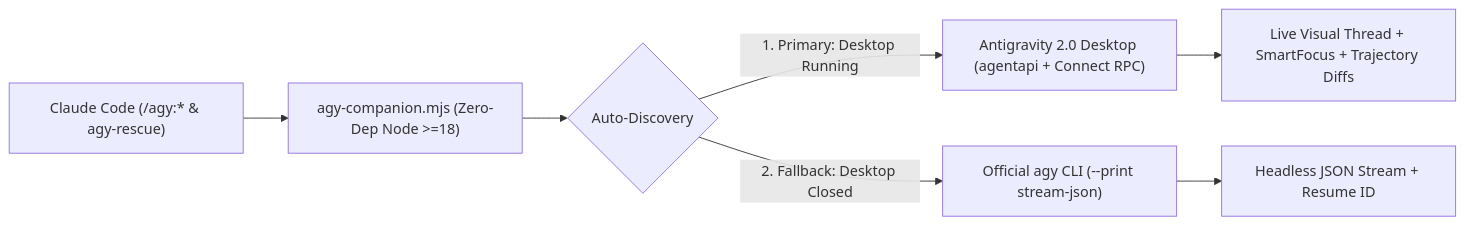
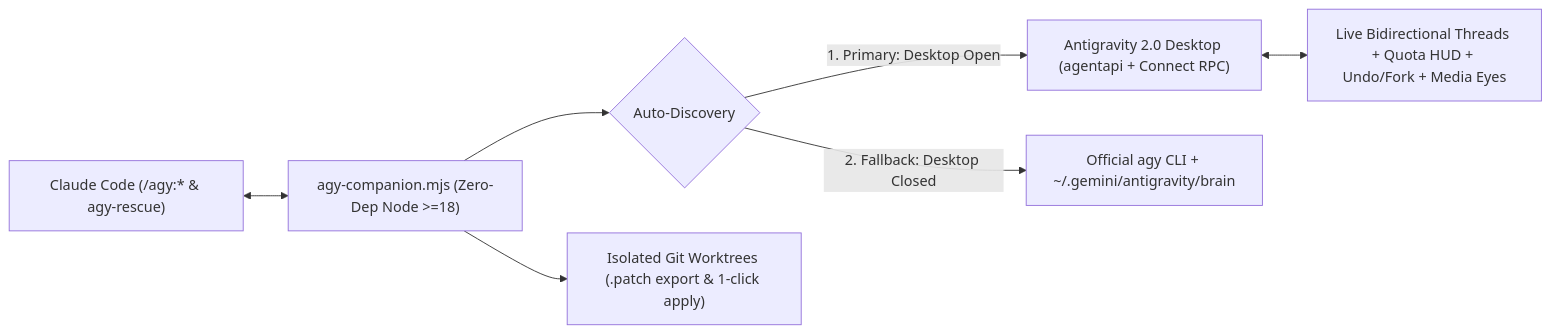
One commit to JoseAQ-19/claude-antigravity changed the diagram in README.md. Above: the diagram before and after it, drawn with Mermaid. The commit also changed other lines of this file and 40 other files, not shown here.

Commit message:
feat(v1.1.0): rebrand to claude-antigravity and add all 7 superpowers (/agy:pull, media, race, worktree, review-plan, quota, undo, fork, sync-memory)

````diff
--- a/README.md
+++ b/README.md
@@ -105,9 +175,9 @@
 ```mermaid
 flowchart LR
-    CC["Claude Code (/agy:* & agy-rescue)"] --> COMP["agy-companion.mjs (Zero-Dep Node >=18)"]
+    CC["Claude Code (/agy:* & agy-rescue)"] <--> COMP["agy-companion.mjs (Zero-Dep Node >=18)"]
     COMP --> DISC{"Auto-Discovery"}
-    DISC -->|"1. Primary: Desktop Running"| DESK["Antigravity 2.0 Desktop (agentapi + Connect RPC)"]
-    DISC -->|"2. Fallback: Desktop Closed"| CLI["Official agy CLI (--print stream-json)"]
-    DESK --> UI["Live Visual Thread + SmartFocus + Trajectory Diffs"]
-    CLI --> STREAM["Headless JSON Stream + Resume ID"]
+    DISC -->|"1. Primary: Desktop Open"| DESK["Antigravity 2.0 Desktop (agentapi + Connect RPC)"]
+    DISC -->|"2. Fallback: Desktop Closed"| CLI["Official agy CLI + ~/.gemini/antigravity/brain"]
+    DESK <--> IDE["Live Bidirectional Threads + Quota HUD + Undo/Fork + Media Eyes"]
+    COMP --> WT["Isolated Git Worktrees (.patch export & 1-click apply)"]
 ```
````
